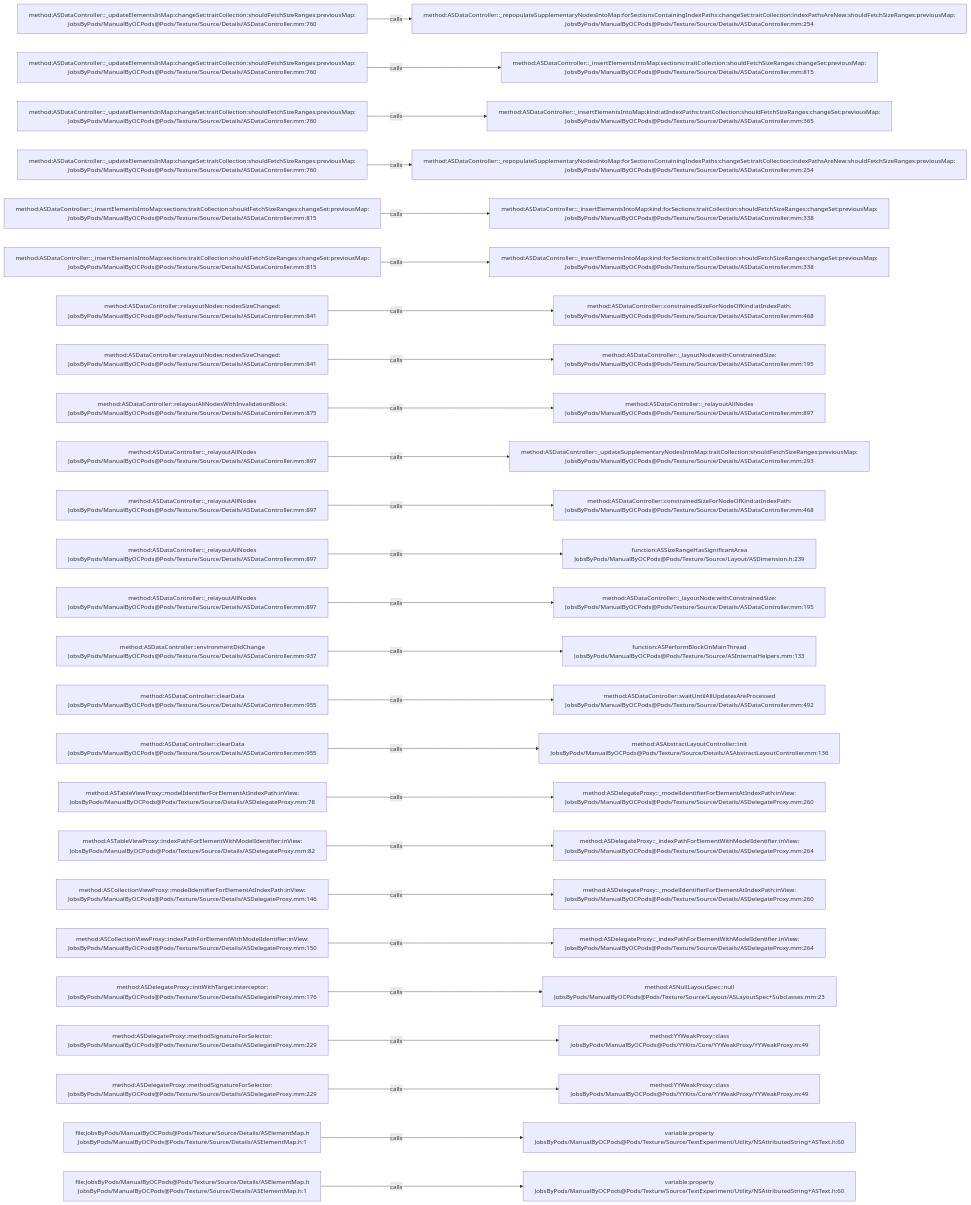
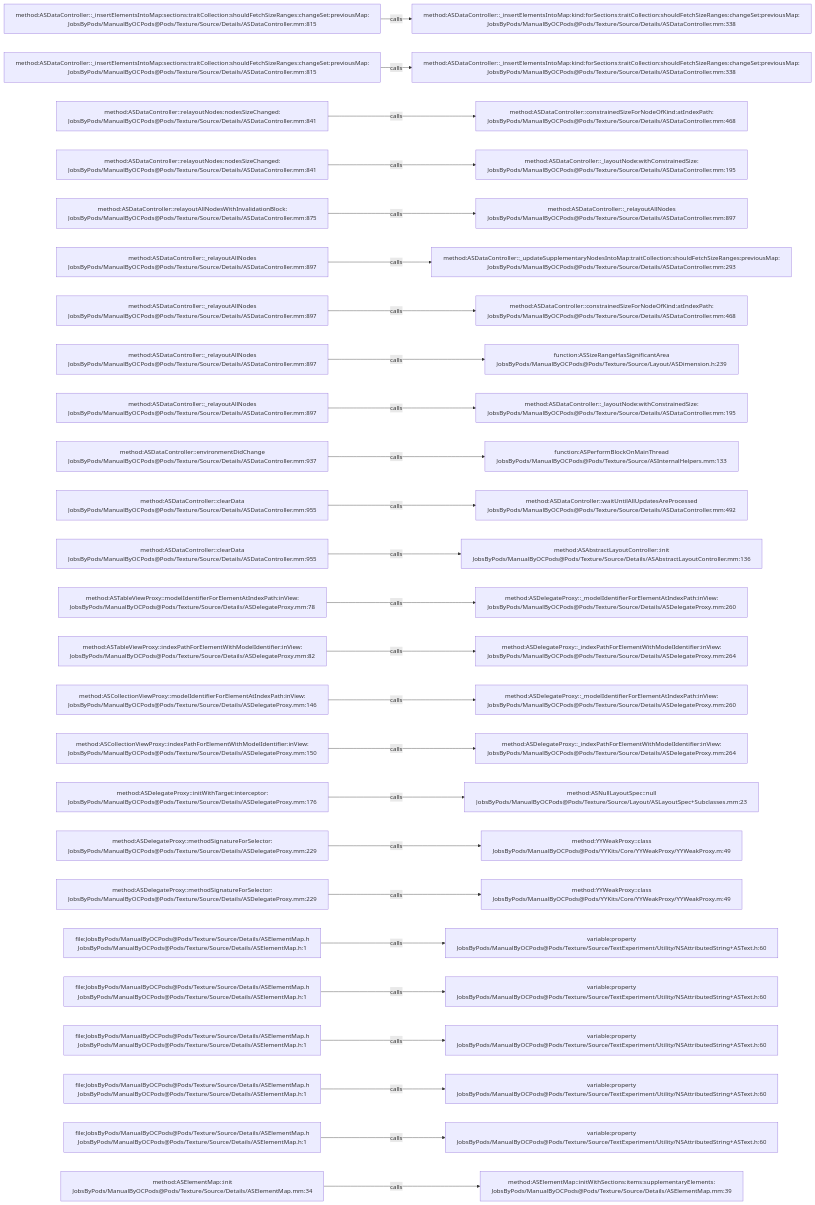
Before and after one commit to JobsKits/JobsOCBaseConfigDemo: the diagram in .codegraph/codegraph.md/graphs/calls-154.md, drawn with Mermaid. The commit also changed 727 other files, not shown here.

````diff
--- a/.codegraph/codegraph.md/graphs/calls-154.md
+++ b/.codegraph/codegraph.md/graphs/calls-154.md
@@ -13,78 +13,78 @@
 ```mermaid
 flowchart LR
-  S1["method:ASDataController::_updateElementsInMap:changeSet:traitCollection:shouldFetchSizeRanges:previousMap:<br/>JobsByPods/ManualByOCPods@Pods/Texture/Source/Details/ASDataController.mm:760"]
-  T1["method:ASDataController::_repopulateSupplementaryNodesIntoMap:forSectionsContainingIndexPaths:changeSet:traitCollection:indexPathsAreNew:shouldFetchSizeRanges:previousMap:<br/>JobsByPods/ManualByOCPods@Pods/Texture/Source/Details/ASDataController.mm:254"]
+  S1["method:ASDataController::_insertElementsIntoMap:sections:traitCollection:shouldFetchSizeRanges:changeSet:previousMap:<br/>JobsByPods/ManualByOCPods@Pods/Texture/Source/Details/ASDataController.mm:815"]
+  T1["method:ASDataController::_insertElementsIntoMap:kind:forSections:traitCollection:shouldFetchSizeRanges:changeSet:previousMap:<br/>JobsByPods/ManualByOCPods@Pods/Texture/Source/Details/ASDataController.mm:338"]
   S1 -->|calls| T1
-  S2["method:ASDataController::_updateElementsInMap:changeSet:traitCollection:shouldFetchSizeRanges:previousMap:<br/>JobsByPods/ManualByOCPods@Pods/Texture/Source/Details/ASDataController.mm:760"]
-  T2["method:ASDataController::_insertElementsIntoMap:sections:traitCollection:shouldFetchSizeRanges:changeSet:previousMap:<br/>JobsByPods/ManualByOCPods@Pods/Texture/Source/Details/ASDataController.mm:815"]
+  S2["method:ASDataController::_insertElementsIntoMap:sections:traitCollection:shouldFetchSizeRanges:changeSet:previousMap:<br/>JobsByPods/ManualByOCPods@Pods/Texture/Source/Details/ASDataController.mm:815"]
+  T2["method:ASDataController::_insertElementsIntoMap:kind:forSections:traitCollection:shouldFetchSizeRanges:changeSet:previousMap:<br/>JobsByPods/ManualByOCPods@Pods/Texture/Source/Details/ASDataController.mm:338"]
   S2 -->|calls| T2
-  S3["method:ASDataController::_updateElementsInMap:changeSet:traitCollection:shouldFetchSizeRanges:previousMap:<br/>JobsByPods/ManualByOCPods@Pods/Texture/Source/Details/ASDataController.mm:760"]
-  T3["method:ASDataController::_insertElementsIntoMap:kind:atIndexPaths:traitCollection:shouldFetchSizeRanges:changeSet:previousMap:<br/>JobsByPods/ManualByOCPods@Pods/Texture/Source/Details/ASDataController.mm:365"]
+  S3["method:ASDataController::relayoutNodes:nodesSizeChanged:<br/>JobsByPods/ManualByOCPods@Pods/Texture/Source/Details/ASDataController.mm:841"]
+  T3["method:ASDataController::constrainedSizeForNodeOfKind:atIndexPath:<br/>JobsByPods/ManualByOCPods@Pods/Texture/Source/Details/ASDataController.mm:468"]
   S3 -->|calls| T3
-  S4["method:ASDataController::_updateElementsInMap:changeSet:traitCollection:shouldFetchSizeRanges:previousMap:<br/>JobsByPods/ManualByOCPods@Pods/Texture/Source/Details/ASDataController.mm:760"]
-  T4["method:ASDataController::_repopulateSupplementaryNodesIntoMap:forSectionsContainingIndexPaths:changeSet:traitCollection:indexPathsAreNew:shouldFetchSizeRanges:previousMap:<br/>JobsByPods/ManualByOCPods@Pods/Texture/Source/Details/ASDataController.mm:254"]
+  S4["method:ASDataController::relayoutNodes:nodesSizeChanged:<br/>JobsByPods/ManualByOCPods@Pods/Texture/Source/Details/ASDataController.mm:841"]
+  T4["method:ASDataController::_layoutNode:withConstrainedSize:<br/>JobsByPods/ManualByOCPods@Pods/Texture/Source/Details/ASDataController.mm:195"]
   S4 -->|calls| T4
-  S5["method:ASDataController::_insertElementsIntoMap:sections:traitCollection:shouldFetchSizeRanges:changeSet:previousMap:<br/>JobsByPods/ManualByOCPods@Pods/Texture/Source/Details/ASDataController.mm:815"]
-  T5["method:ASDataController::_insertElementsIntoMap:kind:forSections:traitCollection:shouldFetchSizeRanges:changeSet:previousMap:<br/>JobsByPods/ManualByOCPods@Pods/Texture/Source/Details/ASDataController.mm:338"]
+  S5["method:ASDataController::relayoutAllNodesWithInvalidationBlock:<br/>JobsByPods/ManualByOCPods@Pods/Texture/Source/Details/ASDataController.mm:875"]
+  T5["method:ASDataController::_relayoutAllNodes<br/>JobsByPods/ManualByOCPods@Pods/Texture/Source/Details/ASDataController.mm:897"]
   S5 -->|calls| T5
-  S6["method:ASDataController::_insertElementsIntoMap:sections:traitCollection:shouldFetchSizeRanges:changeSet:previousMap:<br/>JobsByPods/ManualByOCPods@Pods/Texture/Source/Details/ASDataController.mm:815"]
-  T6["method:ASDataController::_insertElementsIntoMap:kind:forSections:traitCollection:shouldFetchSizeRanges:changeSet:previousMap:<br/>JobsByPods/ManualByOCPods@Pods/Texture/Source/Details/ASDataController.mm:338"]
+  S6["method:ASDataController::_relayoutAllNodes<br/>JobsByPods/ManualByOCPods@Pods/Texture/Source/Details/ASDataController.mm:897"]
+  T6["method:ASDataController::_updateSupplementaryNodesIntoMap:traitCollection:shouldFetchSizeRanges:previousMap:<br/>JobsByPods/ManualByOCPods@Pods/Texture/Source/Details/ASDataController.mm:293"]
   S6 -->|calls| T6
-  S7["method:ASDataController::relayoutNodes:nodesSizeChanged:<br/>JobsByPods/ManualByOCPods@Pods/Texture/Source/Details/ASDataController.mm:841"]
+  S7["method:ASDataController::_relayoutAllNodes<br/>JobsByPods/ManualByOCPods@Pods/Texture/Source/Details/ASDataController.mm:897"]
   T7["method:ASDataController::constrainedSizeForNodeOfKind:atIndexPath:<br/>JobsByPods/ManualByOCPods@Pods/Texture/Source/Details/ASDataController.mm:468"]
   S7 -->|calls| T7
-  S8["method:ASDataController::relayoutNodes:nodesSizeChanged:<br/>JobsByPods/ManualByOCPods@Pods/Texture/Source/Details/ASDataController.mm:841"]
-  T8["method:ASDataController::_layoutNode:withConstrainedSize:<br/>JobsByPods/ManualByOCPods@Pods/Texture/Source/Details/ASDataController.mm:195"]
+  S8["method:ASDataController::_relayoutAllNodes<br/>JobsByPods/ManualByOCPods@Pods/Texture/Source/Details/ASDataController.mm:897"]
+  T8["function:ASSizeRangeHasSignificantArea<br/>JobsByPods/ManualByOCPods@Pods/Texture/Source/Layout/ASDimension.h:239"]
   S8 -->|calls| T8
-  S9["method:ASDataController::relayoutAllNodesWithInvalidationBlock:<br/>JobsByPods/ManualByOCPods@Pods/Texture/Source/Details/ASDataController.mm:875"]
-  T9["method:ASDataController::_relayoutAllNodes<br/>JobsByPods/ManualByOCPods@Pods/Texture/Source/Details/ASDataController.mm:897"]
+  S9["method:ASDataController::_relayoutAllNodes<br/>JobsByPods/ManualByOCPods@Pods/Texture/Source/Details/ASDataController.mm:897"]
+  T9["method:ASDataController::_layoutNode:withConstrainedSize:<br/>JobsByPods/ManualByOCPods@Pods/Texture/Source/Details/ASDataController.mm:195"]
   S9 -->|calls| T9
-  S10["method:ASDataController::_relayoutAllNodes<br/>JobsByPods/ManualByOCPods@Pods/Texture/Source/Details/ASDataController.mm:897"]
-  T10["method:ASDataController::_updateSupplementaryNodesIntoMap:traitCollection:shouldFetchSizeRanges:previousMap:<br/>JobsByPods/ManualByOCPods@Pods/Texture/Source/Details/ASDataController.mm:293"]
+  S10["method:ASDataController::environmentDidChange<br/>JobsByPods/ManualByOCPods@Pods/Texture/Source/Details/ASDataController.mm:937"]
+  T10["function:ASPerformBlockOnMainThread<br/>JobsByPods/ManualByOCPods@Pods/Texture/Source/ASInternalHelpers.mm:133"]
   S10 -->|calls| T10
-  S11["method:ASDataController::_relayoutAllNodes<br/>JobsByPods/ManualByOCPods@Pods/Texture/Source/Details/ASDataController.mm:897"]
-  T11["method:ASDataController::constrainedSizeForNodeOfKind:atIndexPath:<br/>JobsByPods/ManualByOCPods@Pods/Texture/Source/Details/ASDataController.mm:468"]
+  S11["method:ASDataController::clearData<br/>JobsByPods/ManualByOCPods@Pods/Texture/Source/Details/ASDataController.mm:955"]
+  T11["method:ASDataController::waitUntilAllUpdatesAreProcessed<br/>JobsByPods/ManualByOCPods@Pods/Texture/Source/Details/ASDataController.mm:492"]
   S11 -->|calls| T11
-  S12["method:ASDataController::_relayoutAllNodes<br/>JobsByPods/ManualByOCPods@Pods/Texture/Source/Details/ASDataController.mm:897"]
-  T12["function:ASSizeRangeHasSignificantArea<br/>JobsByPods/ManualByOCPods@Pods/Texture/Source/Layout/ASDimension.h:239"]
+  S12["method:ASDataController::clearData<br/>JobsByPods/ManualByOCPods@Pods/Texture/Source/Details/ASDataController.mm:955"]
+  T12["method:ASAbstractLayoutController::init<br/>JobsByPods/ManualByOCPods@Pods/Texture/Source/Details/ASAbstractLayoutController.mm:136"]
   S12 -->|calls| T12
-  S13["method:ASDataController::_relayoutAllNodes<br/>JobsByPods/ManualByOCPods@Pods/Texture/Source/Details/ASDataController.mm:897"]
-  T13["method:ASDataController::_layoutNode:withConstrainedSize:<br/>JobsByPods/ManualByOCPods@Pods/Texture/Source/Details/ASDataController.mm:195"]
+  S13["method:ASTableViewProxy::modelIdentifierForElementAtIndexPath:inView:<br/>JobsByPods/ManualByOCPods@Pods/Texture/Source/Details/ASDelegateProxy.mm:78"]
+  T13["method:ASDelegateProxy::_modelIdentifierForElementAtIndexPath:inView:<br/>JobsByPods/ManualByOCPods@Pods/Texture/Source/Details/ASDelegateProxy.mm:260"]
   S13 -->|calls| T13
-  S14["method:ASDataController::environmentDidChange<br/>JobsByPods/ManualByOCPods@Pods/Texture/Source/Details/ASDataController.mm:937"]
-  T14["function:ASPerformBlockOnMainThread<br/>JobsByPods/ManualByOCPods@Pods/Texture/Source/ASInternalHelpers.mm:133"]
+  S14["method:ASTableViewProxy::indexPathForElementWithModelIdentifier:inView:<br/>JobsByPods/ManualByOCPods@Pods/Texture/Source/Details/ASDelegateProxy.mm:82"]
+  T14["method:ASDelegateProxy::_indexPathForElementWithModelIdentifier:inView:<br/>JobsByPods/ManualByOCPods@Pods/Texture/Source/Details/ASDelegateProxy.mm:264"]
   S14 -->|calls| T14
-  S15["method:ASDataController::clearData<br/>JobsByPods/ManualByOCPods@Pods/Texture/Source/Details/ASDataController.mm:955"]
-  T15["method:ASDataController::waitUntilAllUpdatesAreProcessed<br/>JobsByPods/ManualByOCPods@Pods/Texture/Source/Details/ASDataController.mm:492"]
+  S15["method:ASCollectionViewProxy::modelIdentifierForElementAtIndexPath:inView:<br/>JobsByPods/ManualByOCPods@Pods/Texture/Source/Details/ASDelegateProxy.mm:146"]
+  T15["method:ASDelegateProxy::_modelIdentifierForElementAtIndexPath:inView:<br/>JobsByPods/ManualByOCPods@Pods/Texture/Source/Details/ASDelegateProxy.mm:260"]
   S15 -->|calls| T15
-  S16["method:ASDataController::clearData<br/>JobsByPods/ManualByOCPods@Pods/Texture/Source/Details/ASDataController.mm:955"]
-  T16["method:ASAbstractLayoutController::init<br/>JobsByPods/ManualByOCPods@Pods/Texture/Source/Details/ASAbstractLayoutController.mm:136"]
+  S16["method:ASCollectionViewProxy::indexPathForElementWithModelIdentifier:inView:<br/>JobsByPods/ManualByOCPods@Pods/Texture/Source/Details/ASDelegateProxy.mm:150"]
+  T16["method:ASDelegateProxy::_indexPathForElementWithModelIdentifier:inView:<br/>JobsByPods/ManualByOCPods@Pods/Texture/Source/Details/ASDelegateProxy.mm:264"]
   S16 -->|calls| T16
-  S17["method:ASTableViewProxy::modelIdentifierForElementAtIndexPath:inView:<br/>JobsByPods/ManualByOCPods@Pods/Texture/Source/Details/ASDelegateProxy.mm:78"]
-  T17["method:ASDelegateProxy::_modelIdentifierForElementAtIndexPath:inView:<br/>JobsByPods/ManualByOCPods@Pods/Texture/Source/Details/ASDelegateProxy.mm:260"]
+  S17["method:ASDelegateProxy::initWithTarget:interceptor:<br/>JobsByPods/ManualByOCPods@Pods/Texture/Source/Details/ASDelegateProxy.mm:176"]
+  T17["method:ASNullLayoutSpec::null<br/>JobsByPods/ManualByOCPods@Pods/Texture/Source/Layout/ASLayoutSpec+Subclasses.mm:23"]
   S17 -->|calls| T17
-  S18["method:ASTableViewProxy::indexPathForElementWithModelIdentifier:inView:<br/>JobsByPods/ManualByOCPods@Pods/Texture/Source/Details/ASDelegateProxy.mm:82"]
-  T18["method:ASDelegateProxy::_indexPathForElementWithModelIdentifier:inView:<br/>JobsByPods/ManualByOCPods@Pods/Texture/Source/Details/ASDelegateProxy.mm:264"]
+  S18["method:ASDelegateProxy::methodSignatureForSelector:<br/>JobsByPods/ManualByOCPods@Pods/Texture/Source/Details/ASDelegateProxy.mm:229"]
+  T18["method:YYWeakProxy::class<br/>JobsByPods/ManualByOCPods@Pods/YYKits/Core/YYWeakProxy/YYWeakProxy.m:49"]
   S18 -->|calls| T18
-  S19["method:ASCollectionViewProxy::modelIdentifierForElementAtIndexPath:inView:<br/>JobsByPods/ManualByOCPods@Pods/Texture/Source/Details/ASDelegateProxy.mm:146"]
-  T19["method:ASDelegateProxy::_modelIdentifierForElementAtIndexPath:inView:<br/>JobsByPods/ManualByOCPods@Pods/Texture/Source/Details/ASDelegateProxy.mm:260"]
+  S19["method:ASDelegateProxy::methodSignatureForSelector:<br/>JobsByPods/ManualByOCPods@Pods/Texture/Source/Details/ASDelegateProxy.mm:229"]
+  T19["method:YYWeakProxy::class<br/>JobsByPods/ManualByOCPods@Pods/YYKits/Core/YYWeakProxy/YYWeakProxy.m:49"]
   S19 -->|calls| T19
-  S20["method:ASCollectionViewProxy::indexPathForElementWithModelIdentifier:inView:<br/>JobsByPods/ManualByOCPods@Pods/Texture/Source/Details/ASDelegateProxy.mm:150"]
-  T20["method:ASDelegateProxy::_indexPathForElementWithModelIdentifier:inView:<br/>JobsByPods/ManualByOCPods@Pods/Texture/Source/Details/ASDelegateProxy.mm:264"]
+  S20["file:JobsByPods/ManualByOCPods@Pods/Texture/Source/Details/ASElementMap.h<br/>JobsByPods/ManualByOCPods@Pods/Texture/Source/Details/ASElementMap.h:1"]
+  T20["variable:property<br/>JobsByPods/ManualByOCPods@Pods/Texture/Source/TextExperiment/Utility/NSAttributedString+ASText.h:60"]
   S20 -->|calls| T20
-  S21["method:ASDelegateProxy::initWithTarget:interceptor:<br/>JobsByPods/ManualByOCPods@Pods/Texture/Source/Details/ASDelegateProxy.mm:176"]
-  T21["method:ASNullLayoutSpec::null<br/>JobsByPods/ManualByOCPods@Pods/Texture/Source/Layout/ASLayoutSpec+Subclasses.mm:23"]
+  S21["file:JobsByPods/ManualByOCPods@Pods/Texture/Source/Details/ASElementMap.h<br/>JobsByPods/ManualByOCPods@Pods/Texture/Source/Details/ASElementMap.h:1"]
+  T21["variable:property<br/>JobsByPods/ManualByOCPods@Pods/Texture/Source/TextExperiment/Utility/NSAttributedString+ASText.h:60"]
   S21 -->|calls| T21
-  S22["method:ASDelegateProxy::methodSignatureForSelector:<br/>JobsByPods/ManualByOCPods@Pods/Texture/Source/Details/ASDelegateProxy.mm:229"]
-  T22["method:YYWeakProxy::class<br/>JobsByPods/ManualByOCPods@Pods/YYKits/Core/YYWeakProxy/YYWeakProxy.m:49"]
+  S22["file:JobsByPods/ManualByOCPods@Pods/Texture/Source/Details/ASElementMap.h<br/>JobsByPods/ManualByOCPods@Pods/Texture/Source/Details/ASElementMap.h:1"]
+  T22["variable:property<br/>JobsByPods/ManualByOCPods@Pods/Texture/Source/TextExperiment/Utility/NSAttributedString+ASText.h:60"]
   S22 -->|calls| T22
-  S23["method:ASDelegateProxy::methodSignatureForSelector:<br/>JobsByPods/ManualByOCPods@Pods/Texture/Source/Details/ASDelegateProxy.mm:229"]
-  T23["method:YYWeakProxy::class<br/>JobsByPods/ManualByOCPods@Pods/YYKits/Core/YYWeakProxy/YYWeakProxy.m:49"]
+  S23["file:JobsByPods/ManualByOCPods@Pods/Texture/Source/Details/ASElementMap.h<br/>JobsByPods/ManualByOCPods@Pods/Texture/Source/Details/ASElementMap.h:1"]
+  T23["variable:property<br/>JobsByPods/ManualByOCPods@Pods/Texture/Source/TextExperiment/Utility/NSAttributedString+ASText.h:60"]
   S23 -->|calls| T23
   S24["file:JobsByPods/ManualByOCPods@Pods/Texture/Source/Details/ASElementMap.h<br/>JobsByPods/ManualByOCPods@Pods/Texture/Source/Details/ASElementMap.h:1"]
   T24["variable:property<br/>JobsByPods/ManualByOCPods@Pods/Texture/Source/TextExperiment/Utility/NSAttributedString+ASText.h:60"]
   S24 -->|calls| T24
-  S25["file:JobsByPods/ManualByOCPods@Pods/Texture/Source/Details/ASElementMap.h<br/>JobsByPods/ManualByOCPods@Pods/Texture/Source/Details/ASElementMap.h:1"]
-  T25["variable:property<br/>JobsByPods/ManualByOCPods@Pods/Texture/Source/TextExperiment/Utility/NSAttributedString+ASText.h:60"]
+  S25["method:ASElementMap::init<br/>JobsByPods/ManualByOCPods@Pods/Texture/Source/Details/ASElementMap.mm:34"]
+  T25["method:ASElementMap::initWithSections:items:supplementaryElements:<br/>JobsByPods/ManualByOCPods@Pods/Texture/Source/Details/ASElementMap.mm:39"]
   S25 -->|calls| T25
 ```
````
